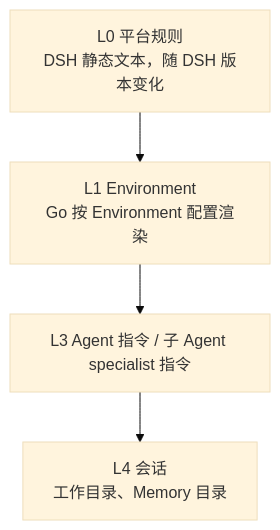
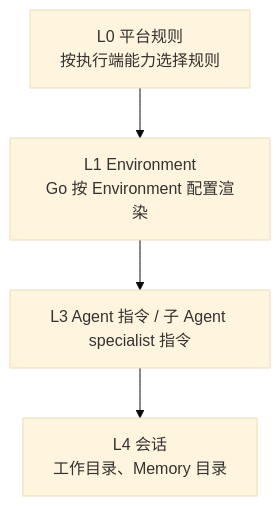
One commit to superduck-ai/open-managed-agents changed the diagram in docs/design/be/agent-system-prompt.md. Above: the diagram before and after it, drawn with Mermaid (base theme). The commit also changed other lines of this file and 10 other files, not shown here.

````diff
--- a/docs/design/be/agent-system-prompt.md
+++ b/docs/design/be/agent-system-prompt.md
@@ -9,7 +9,7 @@
 ```mermaid
 flowchart TB
-  L0["L0 平台规则<br/>DSH 静态文本，随 DSH 版本变化"] --> L1
+  L0["L0 平台规则<br/>按执行端能力选择规则"] --> L1
   L1["L1 Environment<br/>Go 按 Environment 配置渲染"] --> L3
   L3["L3 Agent 指令 / 子 Agent specialist 指令"] --> L4
   L4["L4 会话<br/>工作目录、Memory 目录"]
 ```
````
